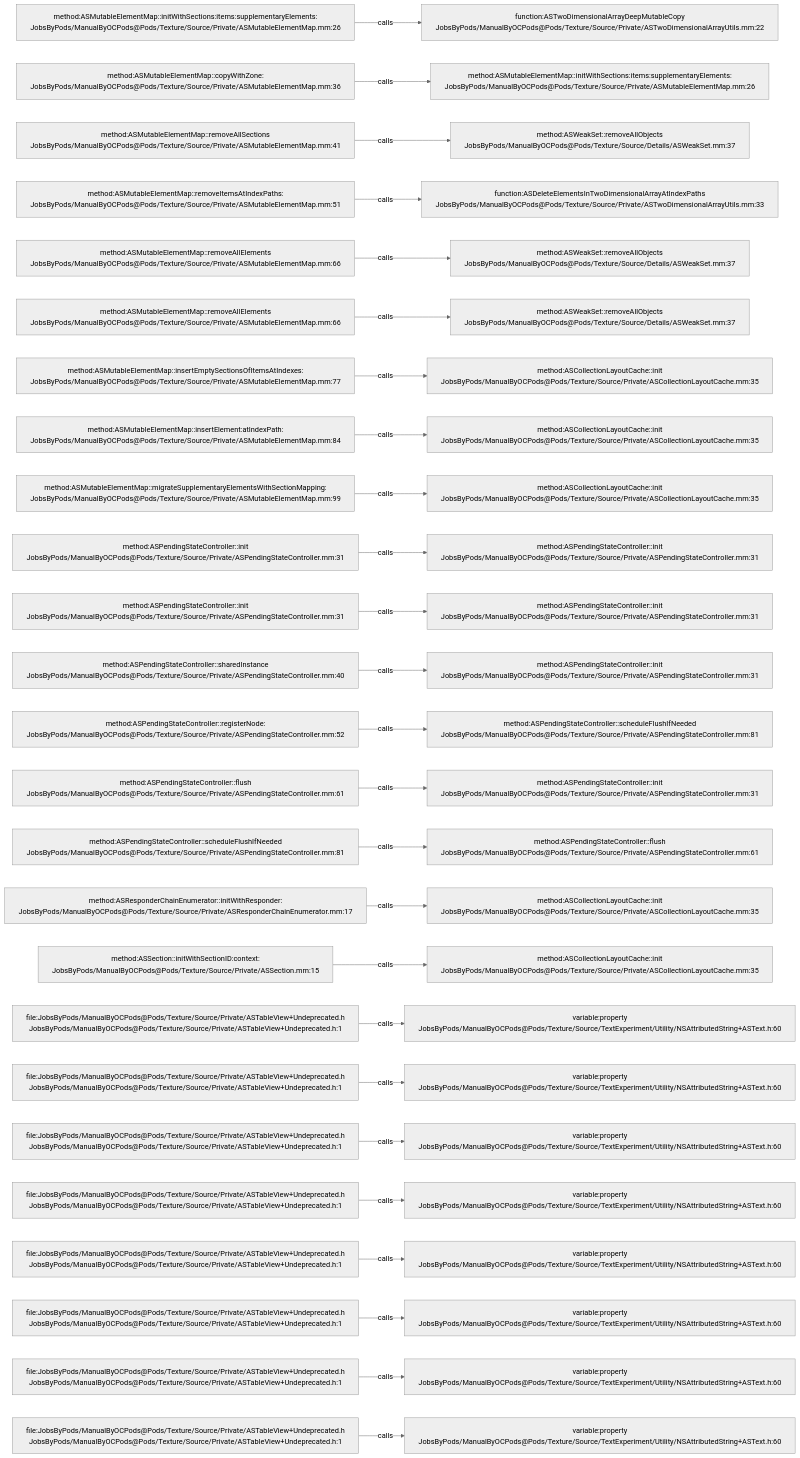
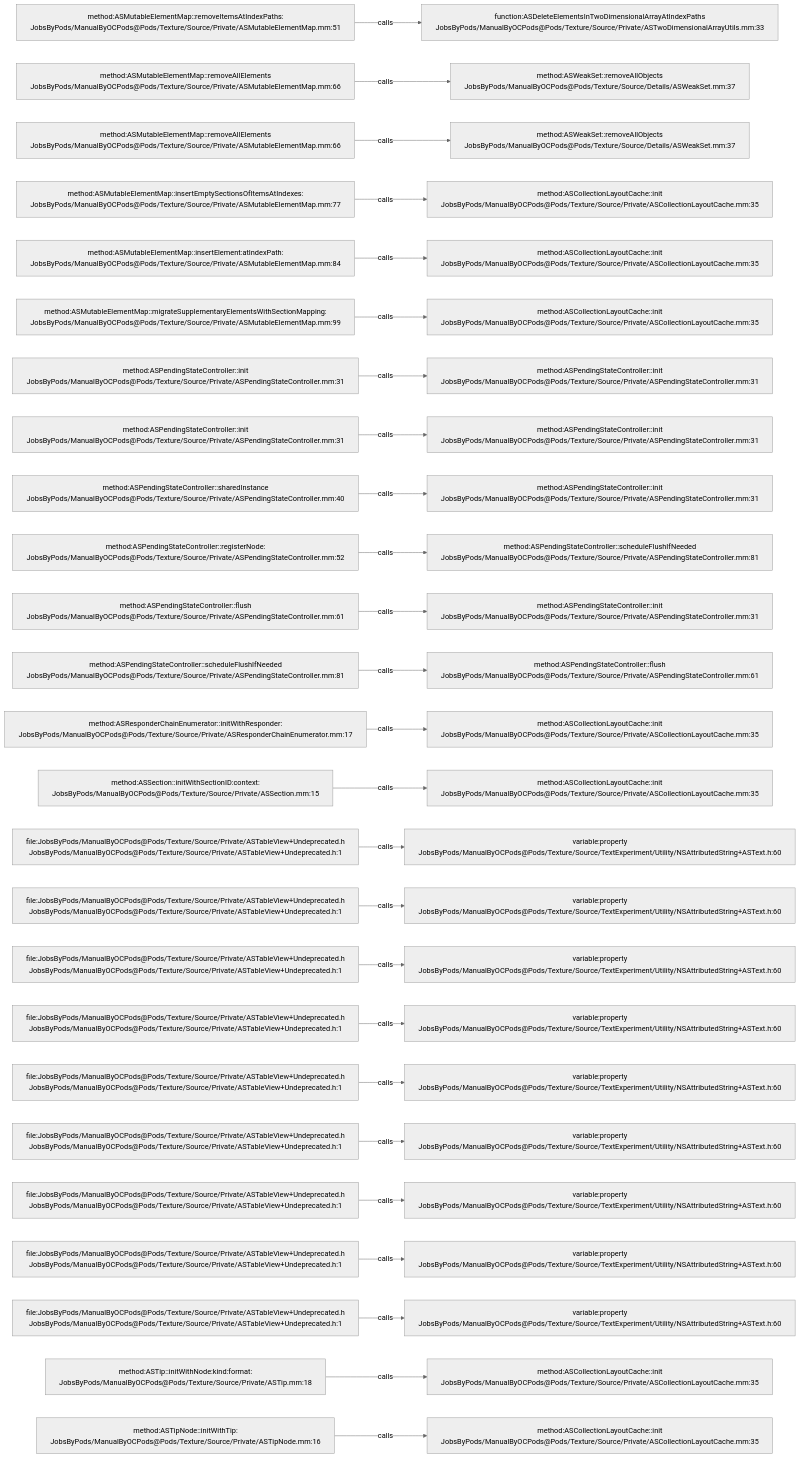
One commit to JobsKits/JobsOCBaseConfigDemo changed the diagram in .codegraph/codegraph.md/graphs/calls-193.md. Above: the diagram before and after it, drawn with Mermaid (neutral theme). The commit also changed 342 other files, not shown here.

````diff
--- a/.codegraph/codegraph.md/graphs/calls-193.md
+++ b/.codegraph/codegraph.md/graphs/calls-193.md
@@ -13,78 +13,78 @@
 ```mermaid
 flowchart LR
-  S1["method:ASMutableElementMap::initWithSections:items:supplementaryElements:<br/>JobsByPods/ManualByOCPods@Pods/Texture/Source/Private/ASMutableElementMap.mm:26"]
-  T1["function:ASTwoDimensionalArrayDeepMutableCopy<br/>JobsByPods/ManualByOCPods@Pods/Texture/Source/Private/ASTwoDimensionalArrayUtils.mm:22"]
+  S1["method:ASMutableElementMap::removeItemsAtIndexPaths:<br/>JobsByPods/ManualByOCPods@Pods/Texture/Source/Private/ASMutableElementMap.mm:51"]
+  T1["function:ASDeleteElementsInTwoDimensionalArrayAtIndexPaths<br/>JobsByPods/ManualByOCPods@Pods/Texture/Source/Private/ASTwoDimensionalArrayUtils.mm:33"]
   S1 -->|calls| T1
-  S2["method:ASMutableElementMap::copyWithZone:<br/>JobsByPods/ManualByOCPods@Pods/Texture/Source/Private/ASMutableElementMap.mm:36"]
-  T2["method:ASMutableElementMap::initWithSections:items:supplementaryElements:<br/>JobsByPods/ManualByOCPods@Pods/Texture/Source/Private/ASMutableElementMap.mm:26"]
+  S2["method:ASMutableElementMap::removeAllElements<br/>JobsByPods/ManualByOCPods@Pods/Texture/Source/Private/ASMutableElementMap.mm:66"]
+  T2["method:ASWeakSet::removeAllObjects<br/>JobsByPods/ManualByOCPods@Pods/Texture/Source/Details/ASWeakSet.mm:37"]
   S2 -->|calls| T2
-  S3["method:ASMutableElementMap::removeAllSections<br/>JobsByPods/ManualByOCPods@Pods/Texture/Source/Private/ASMutableElementMap.mm:41"]
+  S3["method:ASMutableElementMap::removeAllElements<br/>JobsByPods/ManualByOCPods@Pods/Texture/Source/Private/ASMutableElementMap.mm:66"]
   T3["method:ASWeakSet::removeAllObjects<br/>JobsByPods/ManualByOCPods@Pods/Texture/Source/Details/ASWeakSet.mm:37"]
   S3 -->|calls| T3
-  S4["method:ASMutableElementMap::removeItemsAtIndexPaths:<br/>JobsByPods/ManualByOCPods@Pods/Texture/Source/Private/ASMutableElementMap.mm:51"]
-  T4["function:ASDeleteElementsInTwoDimensionalArrayAtIndexPaths<br/>JobsByPods/ManualByOCPods@Pods/Texture/Source/Private/ASTwoDimensionalArrayUtils.mm:33"]
+  S4["method:ASMutableElementMap::insertEmptySectionsOfItemsAtIndexes:<br/>JobsByPods/ManualByOCPods@Pods/Texture/Source/Private/ASMutableElementMap.mm:77"]
+  T4["method:ASCollectionLayoutCache::init<br/>JobsByPods/ManualByOCPods@Pods/Texture/Source/Private/ASCollectionLayoutCache.mm:35"]
   S4 -->|calls| T4
-  S5["method:ASMutableElementMap::removeAllElements<br/>JobsByPods/ManualByOCPods@Pods/Texture/Source/Private/ASMutableElementMap.mm:66"]
-  T5["method:ASWeakSet::removeAllObjects<br/>JobsByPods/ManualByOCPods@Pods/Texture/Source/Details/ASWeakSet.mm:37"]
+  S5["method:ASMutableElementMap::insertElement:atIndexPath:<br/>JobsByPods/ManualByOCPods@Pods/Texture/Source/Private/ASMutableElementMap.mm:84"]
+  T5["method:ASCollectionLayoutCache::init<br/>JobsByPods/ManualByOCPods@Pods/Texture/Source/Private/ASCollectionLayoutCache.mm:35"]
   S5 -->|calls| T5
-  S6["method:ASMutableElementMap::removeAllElements<br/>JobsByPods/ManualByOCPods@Pods/Texture/Source/Private/ASMutableElementMap.mm:66"]
-  T6["method:ASWeakSet::removeAllObjects<br/>JobsByPods/ManualByOCPods@Pods/Texture/Source/Details/ASWeakSet.mm:37"]
+  S6["method:ASMutableElementMap::migrateSupplementaryElementsWithSectionMapping:<br/>JobsByPods/ManualByOCPods@Pods/Texture/Source/Private/ASMutableElementMap.mm:99"]
+  T6["method:ASCollectionLayoutCache::init<br/>JobsByPods/ManualByOCPods@Pods/Texture/Source/Private/ASCollectionLayoutCache.mm:35"]
   S6 -->|calls| T6
-  S7["method:ASMutableElementMap::insertEmptySectionsOfItemsAtIndexes:<br/>JobsByPods/ManualByOCPods@Pods/Texture/Source/Private/ASMutableElementMap.mm:77"]
-  T7["method:ASCollectionLayoutCache::init<br/>JobsByPods/ManualByOCPods@Pods/Texture/Source/Private/ASCollectionLayoutCache.mm:35"]
+  S7["method:ASPendingStateController::init<br/>JobsByPods/ManualByOCPods@Pods/Texture/Source/Private/ASPendingStateController.mm:31"]
+  T7["method:ASPendingStateController::init<br/>JobsByPods/ManualByOCPods@Pods/Texture/Source/Private/ASPendingStateController.mm:31"]
   S7 -->|calls| T7
-  S8["method:ASMutableElementMap::insertElement:atIndexPath:<br/>JobsByPods/ManualByOCPods@Pods/Texture/Source/Private/ASMutableElementMap.mm:84"]
-  T8["method:ASCollectionLayoutCache::init<br/>JobsByPods/ManualByOCPods@Pods/Texture/Source/Private/ASCollectionLayoutCache.mm:35"]
+  S8["method:ASPendingStateController::init<br/>JobsByPods/ManualByOCPods@Pods/Texture/Source/Private/ASPendingStateController.mm:31"]
+  T8["method:ASPendingStateController::init<br/>JobsByPods/ManualByOCPods@Pods/Texture/Source/Private/ASPendingStateController.mm:31"]
   S8 -->|calls| T8
-  S9["method:ASMutableElementMap::migrateSupplementaryElementsWithSectionMapping:<br/>JobsByPods/ManualByOCPods@Pods/Texture/Source/Private/ASMutableElementMap.mm:99"]
-  T9["method:ASCollectionLayoutCache::init<br/>JobsByPods/ManualByOCPods@Pods/Texture/Source/Private/ASCollectionLayoutCache.mm:35"]
+  S9["method:ASPendingStateController::sharedInstance<br/>JobsByPods/ManualByOCPods@Pods/Texture/Source/Private/ASPendingStateController.mm:40"]
+  T9["method:ASPendingStateController::init<br/>JobsByPods/ManualByOCPods@Pods/Texture/Source/Private/ASPendingStateController.mm:31"]
   S9 -->|calls| T9
-  S10["method:ASPendingStateController::init<br/>JobsByPods/ManualByOCPods@Pods/Texture/Source/Private/ASPendingStateController.mm:31"]
-  T10["method:ASPendingStateController::init<br/>JobsByPods/ManualByOCPods@Pods/Texture/Source/Private/ASPendingStateController.mm:31"]
+  S10["method:ASPendingStateController::registerNode:<br/>JobsByPods/ManualByOCPods@Pods/Texture/Source/Private/ASPendingStateController.mm:52"]
+  T10["method:ASPendingStateController::scheduleFlushIfNeeded<br/>JobsByPods/ManualByOCPods@Pods/Texture/Source/Private/ASPendingStateController.mm:81"]
   S10 -->|calls| T10
-  S11["method:ASPendingStateController::init<br/>JobsByPods/ManualByOCPods@Pods/Texture/Source/Private/ASPendingStateController.mm:31"]
+  S11["method:ASPendingStateController::flush<br/>JobsByPods/ManualByOCPods@Pods/Texture/Source/Private/ASPendingStateController.mm:61"]
   T11["method:ASPendingStateController::init<br/>JobsByPods/ManualByOCPods@Pods/Texture/Source/Private/ASPendingStateController.mm:31"]
   S11 -->|calls| T11
-  S12["method:ASPendingStateController::sharedInstance<br/>JobsByPods/ManualByOCPods@Pods/Texture/Source/Private/ASPendingStateController.mm:40"]
-  T12["method:ASPendingStateController::init<br/>JobsByPods/ManualByOCPods@Pods/Texture/Source/Private/ASPendingStateController.mm:31"]
+  S12["method:ASPendingStateController::scheduleFlushIfNeeded<br/>JobsByPods/ManualByOCPods@Pods/Texture/Source/Private/ASPendingStateController.mm:81"]
+  T12["method:ASPendingStateController::flush<br/>JobsByPods/ManualByOCPods@Pods/Texture/Source/Private/ASPendingStateController.mm:61"]
   S12 -->|calls| T12
-  S13["method:ASPendingStateController::registerNode:<br/>JobsByPods/ManualByOCPods@Pods/Texture/Source/Private/ASPendingStateController.mm:52"]
-  T13["method:ASPendingStateController::scheduleFlushIfNeeded<br/>JobsByPods/ManualByOCPods@Pods/Texture/Source/Private/ASPendingStateController.mm:81"]
+  S13["method:ASResponderChainEnumerator::initWithResponder:<br/>JobsByPods/ManualByOCPods@Pods/Texture/Source/Private/ASResponderChainEnumerator.mm:17"]
+  T13["method:ASCollectionLayoutCache::init<br/>JobsByPods/ManualByOCPods@Pods/Texture/Source/Private/ASCollectionLayoutCache.mm:35"]
   S13 -->|calls| T13
-  S14["method:ASPendingStateController::flush<br/>JobsByPods/ManualByOCPods@Pods/Texture/Source/Private/ASPendingStateController.mm:61"]
-  T14["method:ASPendingStateController::init<br/>JobsByPods/ManualByOCPods@Pods/Texture/Source/Private/ASPendingStateController.mm:31"]
+  S14["method:ASSection::initWithSectionID:context:<br/>JobsByPods/ManualByOCPods@Pods/Texture/Source/Private/ASSection.mm:15"]
+  T14["method:ASCollectionLayoutCache::init<br/>JobsByPods/ManualByOCPods@Pods/Texture/Source/Private/ASCollectionLayoutCache.mm:35"]
   S14 -->|calls| T14
-  S15["method:ASPendingStateController::scheduleFlushIfNeeded<br/>JobsByPods/ManualByOCPods@Pods/Texture/Source/Private/ASPendingStateController.mm:81"]
-  T15["method:ASPendingStateController::flush<br/>JobsByPods/ManualByOCPods@Pods/Texture/Source/Private/ASPendingStateController.mm:61"]
+  S15["file:JobsByPods/ManualByOCPods@Pods/Texture/Source/Private/ASTableView+Undeprecated.h<br/>JobsByPods/ManualByOCPods@Pods/Texture/Source/Private/ASTableView+Undeprecated.h:1"]
+  T15["variable:property<br/>JobsByPods/ManualByOCPods@Pods/Texture/Source/TextExperiment/Utility/NSAttributedString+ASText.h:60"]
   S15 -->|calls| T15
-  S16["method:ASResponderChainEnumerator::initWithResponder:<br/>JobsByPods/ManualByOCPods@Pods/Texture/Source/Private/ASResponderChainEnumerator.mm:17"]
-  T16["method:ASCollectionLayoutCache::init<br/>JobsByPods/ManualByOCPods@Pods/Texture/Source/Private/ASCollectionLayoutCache.mm:35"]
+  S16["file:JobsByPods/ManualByOCPods@Pods/Texture/Source/Private/ASTableView+Undeprecated.h<br/>JobsByPods/ManualByOCPods@Pods/Texture/Source/Private/ASTableView+Undeprecated.h:1"]
+  T16["variable:property<br/>JobsByPods/ManualByOCPods@Pods/Texture/Source/TextExperiment/Utility/NSAttributedString+ASText.h:60"]
   S16 -->|calls| T16
-  S17["method:ASSection::initWithSectionID:context:<br/>JobsByPods/ManualByOCPods@Pods/Texture/Source/Private/ASSection.mm:15"]
-  T17["method:ASCollectionLayoutCache::init<br/>JobsByPods/ManualByOCPods@Pods/Texture/Source/Private/ASCollectionLayoutCache.mm:35"]
+  S17["file:JobsByPods/ManualByOCPods@Pods/Texture/Source/Private/ASTableView+Undeprecated.h<br/>JobsByPods/ManualByOCPods@Pods/Texture/Source/Private/ASTableView+Undeprecated.h:1"]
+  T17["variable:property<br/>JobsByPods/ManualByOCPods@Pods/Texture/Source/TextExperiment/Utility/NSAttributedString+ASText.h:60"]
   S17 -->|calls| T17
   S18["file:JobsByPods/ManualByOCPods@Pods/Texture/Source/Private/ASTableView+Undeprecated.h<br/>JobsByPods/ManualByOCPods@Pods/Texture/Source/Private/ASTableView+Undeprecated.h:1"]
   T18["variable:property<br/>JobsByPods/ManualByOCPods@Pods/Texture/Source/TextExperiment/Utility/NSAttributedString+ASText.h:60"]
   S18 -->|calls| T18
   S19["file:JobsByPods/ManualByOCPods@Pods/Texture/Source/Private/ASTableView+Undeprecated.h<br/>JobsByPods/ManualByOCPods@Pods/Texture/Source/Private/ASTableView+Undeprecated.h:1"]
   T19["variable:property<br/>JobsByPods/ManualByOCPods@Pods/Texture/Source/TextExperiment/Utility/NSAttributedString+ASText.h:60"]
   S19 -->|calls| T19
   S20["file:JobsByPods/ManualByOCPods@Pods/Texture/Source/Private/ASTableView+Undeprecated.h<br/>JobsByPods/ManualByOCPods@Pods/Texture/Source/Private/ASTableView+Undeprecated.h:1"]
   T20["variable:property<br/>JobsByPods/ManualByOCPods@Pods/Texture/Source/TextExperiment/Utility/NSAttributedString+ASText.h:60"]
   S20 -->|calls| T20
   S21["file:JobsByPods/ManualByOCPods@Pods/Texture/Source/Private/ASTableView+Undeprecated.h<br/>JobsByPods/ManualByOCPods@Pods/Texture/Source/Private/ASTableView+Undeprecated.h:1"]
   T21["variable:property<br/>JobsByPods/ManualByOCPods@Pods/Texture/Source/TextExperiment/Utility/NSAttributedString+ASText.h:60"]
   S21 -->|calls| T21
   S22["file:JobsByPods/ManualByOCPods@Pods/Texture/Source/Private/ASTableView+Undeprecated.h<br/>JobsByPods/ManualByOCPods@Pods/Texture/Source/Private/ASTableView+Undeprecated.h:1"]
   T22["variable:property<br/>JobsByPods/ManualByOCPods@Pods/Texture/Source/TextExperiment/Utility/NSAttributedString+ASText.h:60"]
   S22 -->|calls| T22
   S23["file:JobsByPods/ManualByOCPods@Pods/Texture/Source/Private/ASTableView+Undeprecated.h<br/>JobsByPods/ManualByOCPods@Pods/Texture/Source/Private/ASTableView+Undeprecated.h:1"]
   T23["variable:property<br/>JobsByPods/ManualByOCPods@Pods/Texture/Source/TextExperiment/Utility/NSAttributedString+ASText.h:60"]
   S23 -->|calls| T23
-  S24["file:JobsByPods/ManualByOCPods@Pods/Texture/Source/Private/ASTableView+Undeprecated.h<br/>JobsByPods/ManualByOCPods@Pods/Texture/Source/Private/ASTableView+Undeprecated.h:1"]
-  T24["variable:property<br/>JobsByPods/ManualByOCPods@Pods/Texture/Source/TextExperiment/Utility/NSAttributedString+ASText.h:60"]
+  S24["method:ASTip::initWithNode:kind:format:<br/>JobsByPods/ManualByOCPods@Pods/Texture/Source/Private/ASTip.mm:18"]
+  T24["method:ASCollectionLayoutCache::init<br/>JobsByPods/ManualByOCPods@Pods/Texture/Source/Private/ASCollectionLayoutCache.mm:35"]
   S24 -->|calls| T24
-  S25["file:JobsByPods/ManualByOCPods@Pods/Texture/Source/Private/ASTableView+Undeprecated.h<br/>JobsByPods/ManualByOCPods@Pods/Texture/Source/Private/ASTableView+Undeprecated.h:1"]
-  T25["variable:property<br/>JobsByPods/ManualByOCPods@Pods/Texture/Source/TextExperiment/Utility/NSAttributedString+ASText.h:60"]
+  S25["method:ASTipNode::initWithTip:<br/>JobsByPods/ManualByOCPods@Pods/Texture/Source/Private/ASTipNode.mm:16"]
+  T25["method:ASCollectionLayoutCache::init<br/>JobsByPods/ManualByOCPods@Pods/Texture/Source/Private/ASCollectionLayoutCache.mm:35"]
   S25 -->|calls| T25
 ```
````
